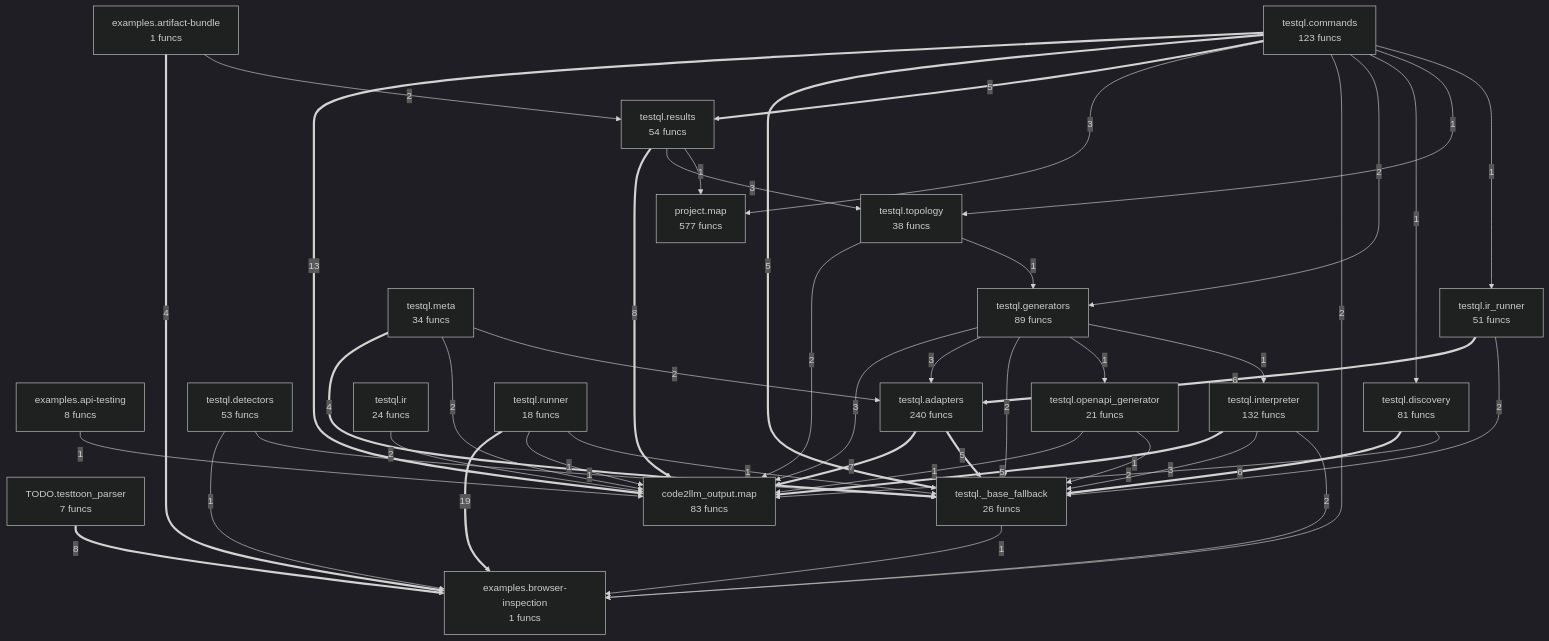
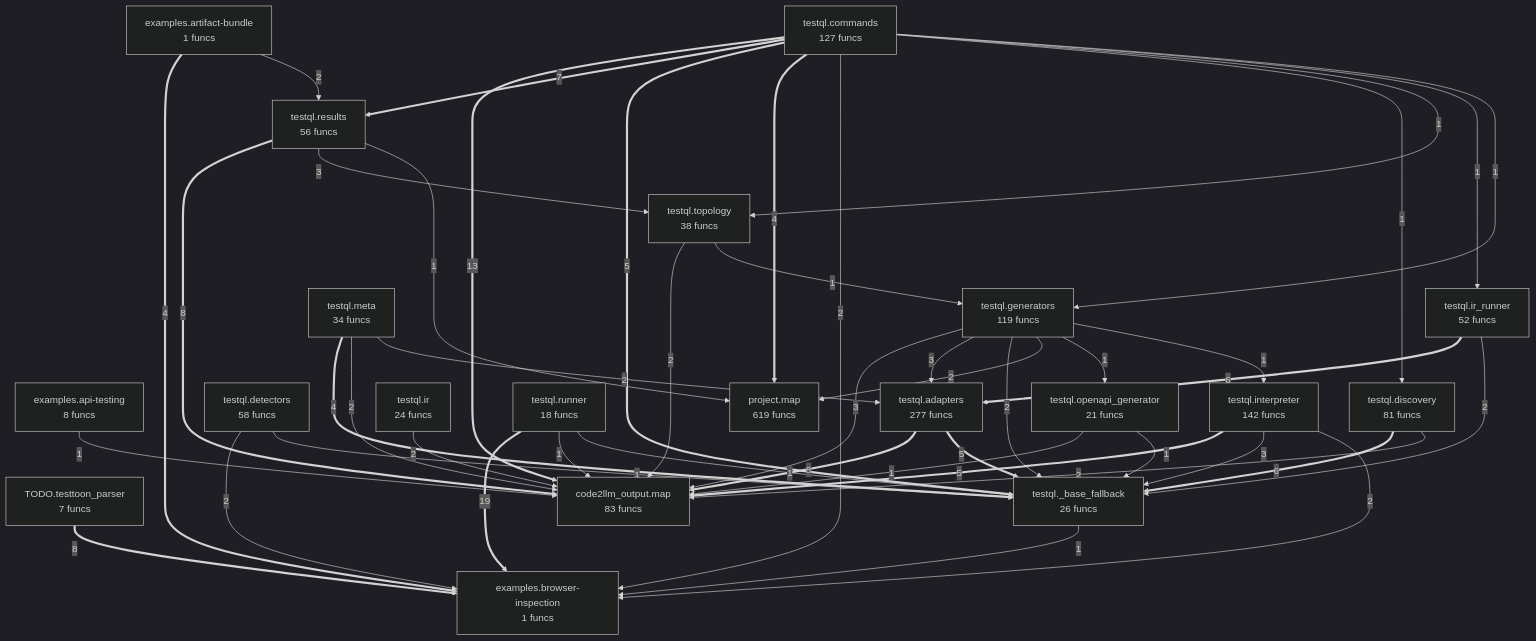
Before and after one commit to oqlos/testql: the diagram in project/compact_flow.mmd, drawn with Mermaid (dark theme). The commit also changed 47 other files, not shown here.

```diff
--- a/project/compact_flow.mmd
+++ b/project/compact_flow.mmd
@@ -1,65 +1,66 @@
 flowchart TD
     TODO__testtoon_parser["TODO.testtoon_parser<br/>7 funcs"]
     code2llm_output__map["code2llm_output.map<br/>83 funcs"]
     examples__api_testing["examples.api-testing<br/>8 funcs"]
     examples__artifact_bundle["examples.artifact-bundle<br/>1 funcs"]
     examples__browser_inspection["examples.browser-inspection<br/>1 funcs"]
-    project__map["project.map<br/>577 funcs"]
+    project__map["project.map<br/>619 funcs"]
     testql___base_fallback["testql._base_fallback<br/>26 funcs"]
-    testql__adapters["testql.adapters<br/>240 funcs"]
-    testql__commands["testql.commands<br/>123 funcs"]
-    testql__detectors["testql.detectors<br/>53 funcs"]
+    testql__adapters["testql.adapters<br/>277 funcs"]
+    testql__commands["testql.commands<br/>127 funcs"]
+    testql__detectors["testql.detectors<br/>58 funcs"]
     testql__discovery["testql.discovery<br/>81 funcs"]
-    testql__generators["testql.generators<br/>89 funcs"]
-    testql__interpreter["testql.interpreter<br/>132 funcs"]
+    testql__generators["testql.generators<br/>119 funcs"]
+    testql__interpreter["testql.interpreter<br/>142 funcs"]
     testql__ir["testql.ir<br/>24 funcs"]
-    testql__ir_runner["testql.ir_runner<br/>51 funcs"]
+    testql__ir_runner["testql.ir_runner<br/>52 funcs"]
     testql__meta["testql.meta<br/>34 funcs"]
     testql__openapi_generator["testql.openapi_generator<br/>21 funcs"]
-    testql__results["testql.results<br/>54 funcs"]
+    testql__results["testql.results<br/>56 funcs"]
     testql__runner["testql.runner<br/>18 funcs"]
     testql__topology["testql.topology<br/>38 funcs"]
     testql__runner ==>|19| examples__browser_inspection
     testql__commands ==>|13| code2llm_output__map
     TODO__testtoon_parser ==>|8| examples__browser_inspection
     testql__results ==>|8| code2llm_output__map
-    testql__adapters ==>|7| code2llm_output__map
+    testql__adapters ==>|8| code2llm_output__map
+    testql__commands ==>|7| testql__results
     testql__discovery ==>|6| testql___base_fallback
     testql__ir_runner ==>|6| testql__adapters
     testql__commands ==>|5| testql___base_fallback
-    testql__commands ==>|5| testql__results
     testql__interpreter ==>|5| code2llm_output__map
     testql__adapters ==>|5| testql___base_fallback
     examples__artifact_bundle ==>|4| examples__browser_inspection
+    testql__commands ==>|4| project__map
     testql__meta ==>|4| testql___base_fallback
-    testql__commands -->|3| project__map
     testql__interpreter -->|3| testql___base_fallback
     testql__results -->|3| testql__topology
     testql__generators -->|3| code2llm_output__map
     testql__generators -->|3| testql__adapters
     examples__artifact_bundle -->|2| testql__results
     testql__commands -->|2| examples__browser_inspection
-    testql__commands -->|2| testql__generators
     testql__interpreter -->|2| examples__browser_inspection
     testql__ir -->|2| code2llm_output__map
     testql__discovery -->|2| code2llm_output__map
     testql__generators -->|2| testql___base_fallback
+    testql__generators -->|2| project__map
     testql__meta -->|2| code2llm_output__map
     testql__meta -->|2| testql__adapters
+    testql__detectors -->|2| examples__browser_inspection
     testql__ir_runner -->|2| testql___base_fallback
     testql__topology -->|2| code2llm_output__map
+    examples__api_testing -->|1| code2llm_output__map
     testql__runner -->|1| code2llm_output__map
     testql__runner -->|1| testql___base_fallback
     testql__openapi_generator -->|1| code2llm_output__map
     testql__openapi_generator -->|1| testql___base_fallback
     testql___base_fallback -->|1| examples__browser_inspection
     testql__commands -->|1| testql__discovery
     testql__commands -->|1| testql__topology
     testql__commands -->|1| testql__ir_runner
+    testql__commands -->|1| testql__generators
     testql__results -->|1| project__map
     testql__generators -->|1| testql__openapi_generator
     testql__generators -->|1| testql__interpreter
-    testql__detectors -->|1| examples__browser_inspection
     testql__detectors -->|1| testql___base_fallback
     testql__topology -->|1| testql__generators
-    examples__api_testing -->|1| code2llm_output__map
```
